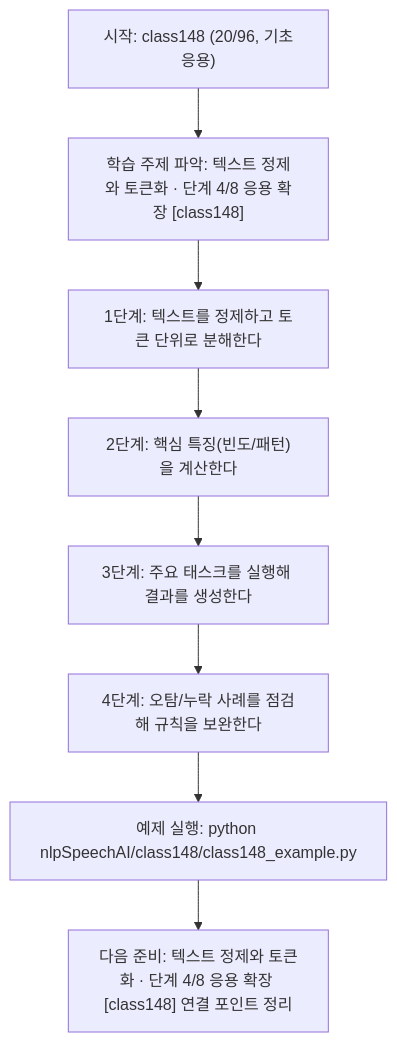
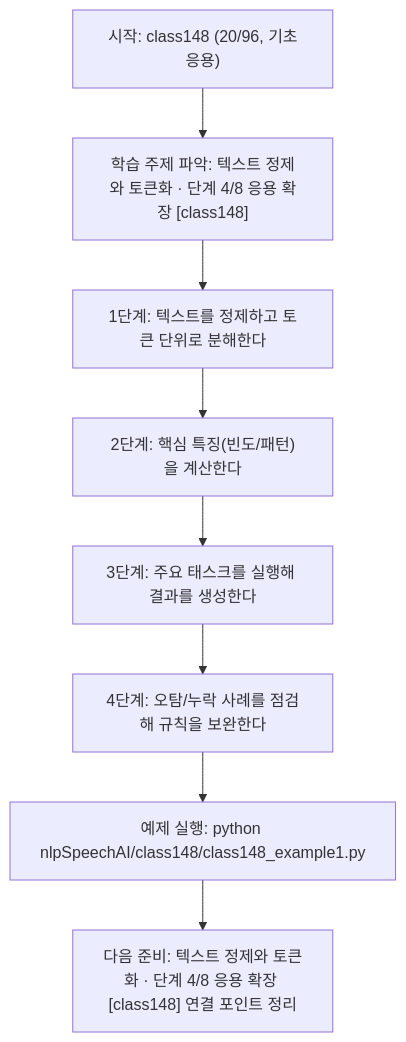
The diagram in nlpSpeechAI/class148/class148.md (edumgt/Python-AI_Agent-Class), drawn with Mermaid before and after one commit. The commit also changed other lines of this file and 2959 other files, not shown here.

````diff
--- a/nlpSpeechAI/class148/class148.md
+++ b/nlpSpeechAI/class148/class148.md
@@ -114,18 +114,18 @@
 ```mermaid
 flowchart TD
 N1["시작: class148 (20/96, 기초응용)"]
 N2["학습 주제 파악: 텍스트 정제와 토큰화 · 단계 4/8 응용 확장 [class148]"]
 N3["1단계: 텍스트를 정제하고 토큰 단위로 분해한다"]
 N4["2단계: 핵심 특징(빈도/패턴)을 계산한다"]
 N5["3단계: 주요 태스크를 실행해 결과를 생성한다"]
 N6["4단계: 오탐/누락 사례를 점검해 규칙을 보완한다"]
-N7["예제 실행: python nlpSpeechAI/class148/class148_example.py"]
+N7["예제 실행: python nlpSpeechAI/class148/class148_example1.py"]
 N8["다음 준비: 텍스트 정제와 토큰화 · 단계 4/8 응용 확장 [class148] 연결 포인트 정리"]
 N1 --> N2
 N2 --> N3
 N3 --> N4
 N4 --> N5
 N5 --> N6
 N6 --> N7
 N7 --> N8
 ```
````
